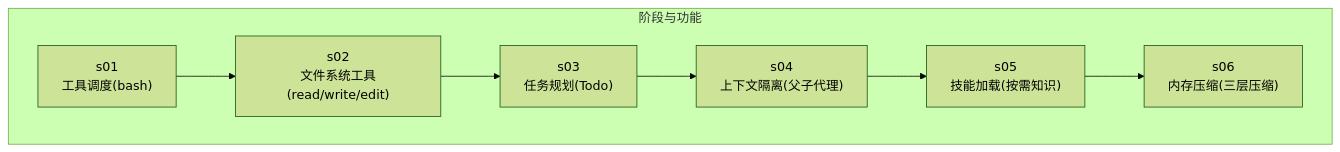
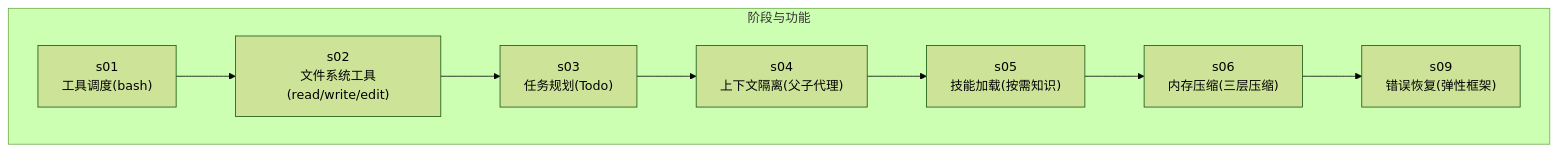
The first of 11 diagrams in .qoder/repowiki/zh/content/核心功能详解/核心功能详解.md (eurekaYYzero/Mini-Claude-Code), drawn with Mermaid (forest theme) before and after one commit. The commit also changed other lines of this file and 20 other files, not shown here.

````diff
--- a/.qoder/repowiki/zh/content/核心功能详解/核心功能详解.md
+++ b/.qoder/repowiki/zh/content/核心功能详解/核心功能详解.md
@@ -52,12 +70,13 @@
 ```mermaid
 graph TB
 subgraph "阶段与功能"
 S01["s01<br/>工具调度(bash)"]
 S02["s02<br/>文件系统工具(read/write/edit)"]
 S03["s03<br/>任务规划(Todo)"]
 S04["s04<br/>上下文隔离(父子代理)"]
 S05["s05<br/>技能加载(按需知识)"]
 S06["s06<br/>内存压缩(三层压缩)"]
+S09["s09<br/>错误恢复(弹性框架)"]
 end
-S01 --> S02 --> S03 --> S04 --> S05 --> S06
+S01 --> S02 --> S03 --> S04 --> S05 --> S06 --> S09
 ```
````
